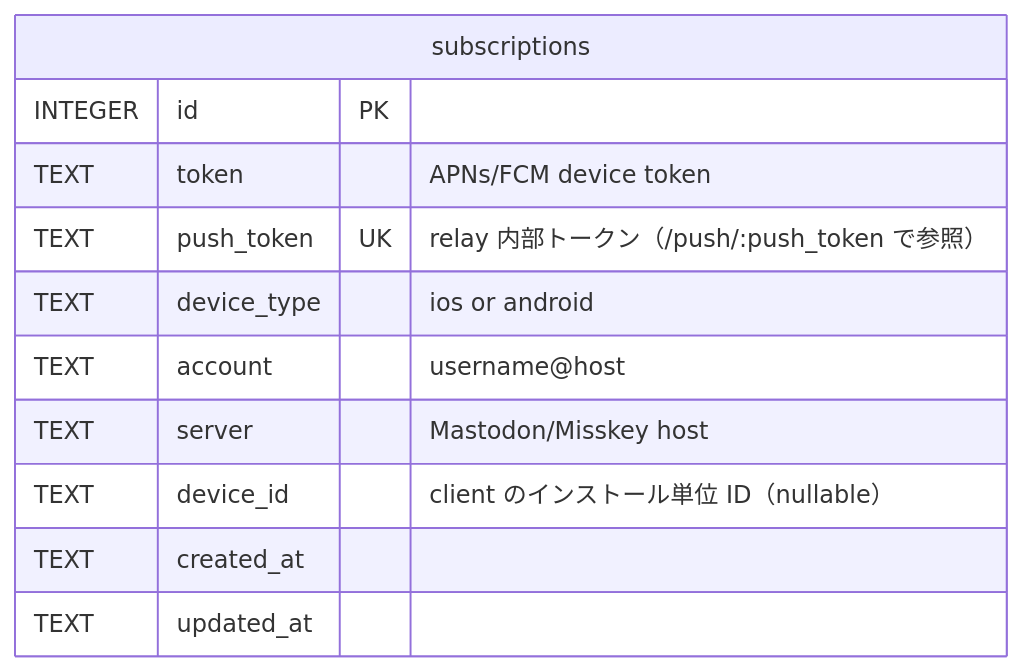
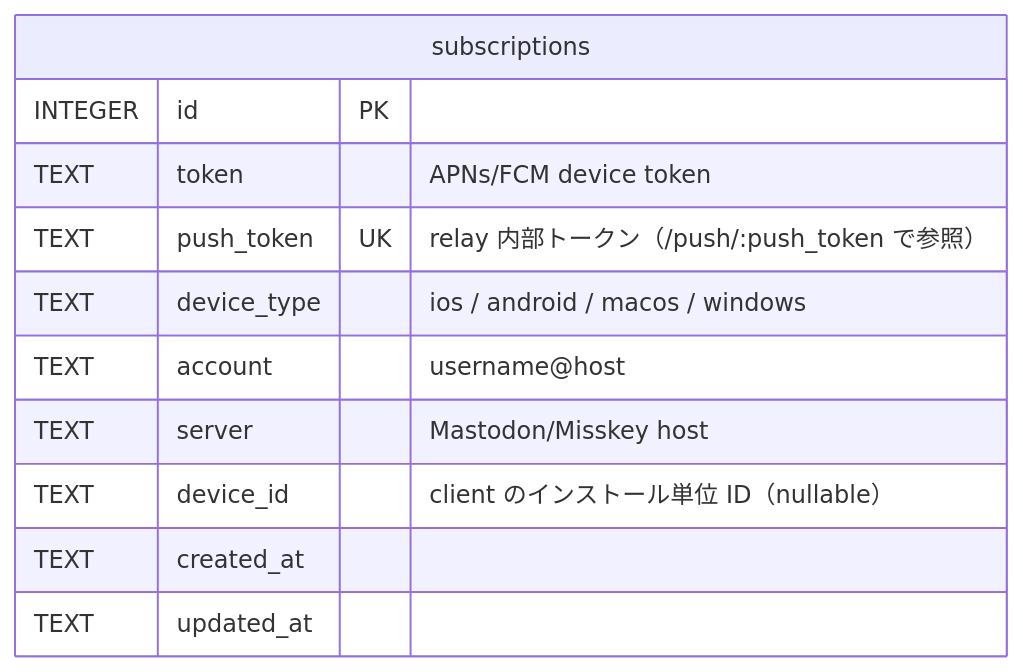
Before and after one commit to pooza/capsicum-relay: the third of 3 diagrams in docs/CLAUDE.md, drawn with Mermaid. The commit also changed other lines of this file and 2 other files, not shown here.

````diff
--- a/docs/CLAUDE.md
+++ b/docs/CLAUDE.md
@@ -99,14 +121,14 @@
 ```mermaid
 erDiagram
   subscriptions {
     INTEGER id PK
     TEXT token "APNs/FCM device token"
     TEXT push_token UK "relay 内部トークン（/push/:push_token で参照）"
-    TEXT device_type "ios or android"
+    TEXT device_type "ios / android / macos / windows"
     TEXT account "username@host"
     TEXT server "Mastodon/Misskey host"
     TEXT device_id "client のインストール単位 ID（nullable）"
     TEXT created_at
     TEXT updated_at
   }
 ```
````
